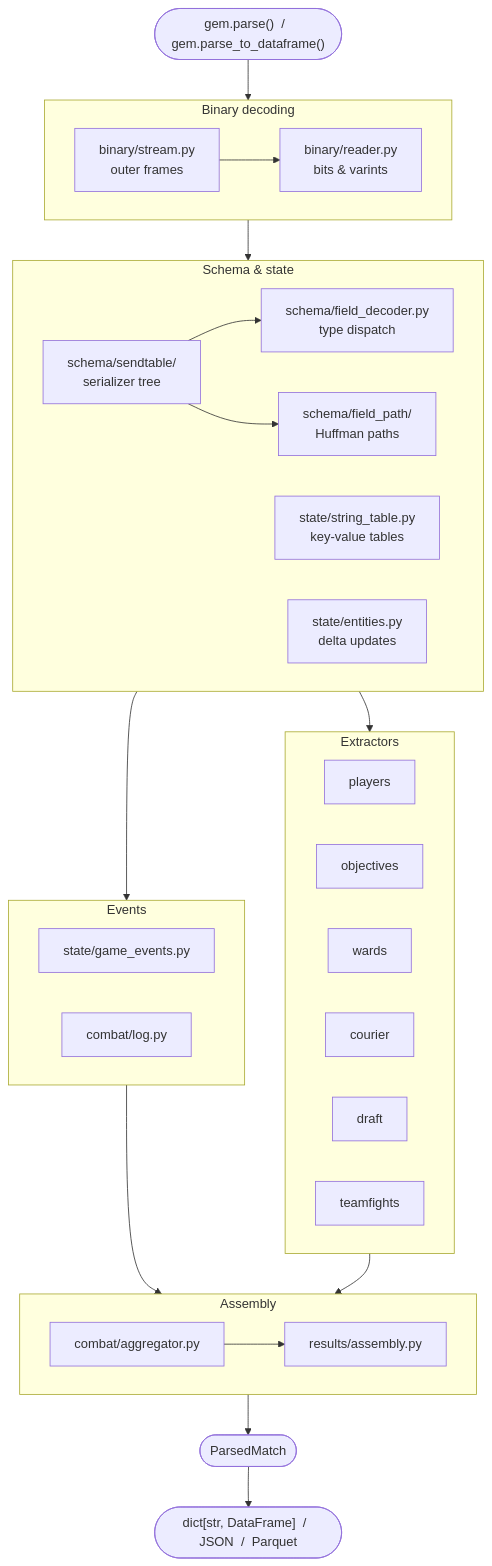
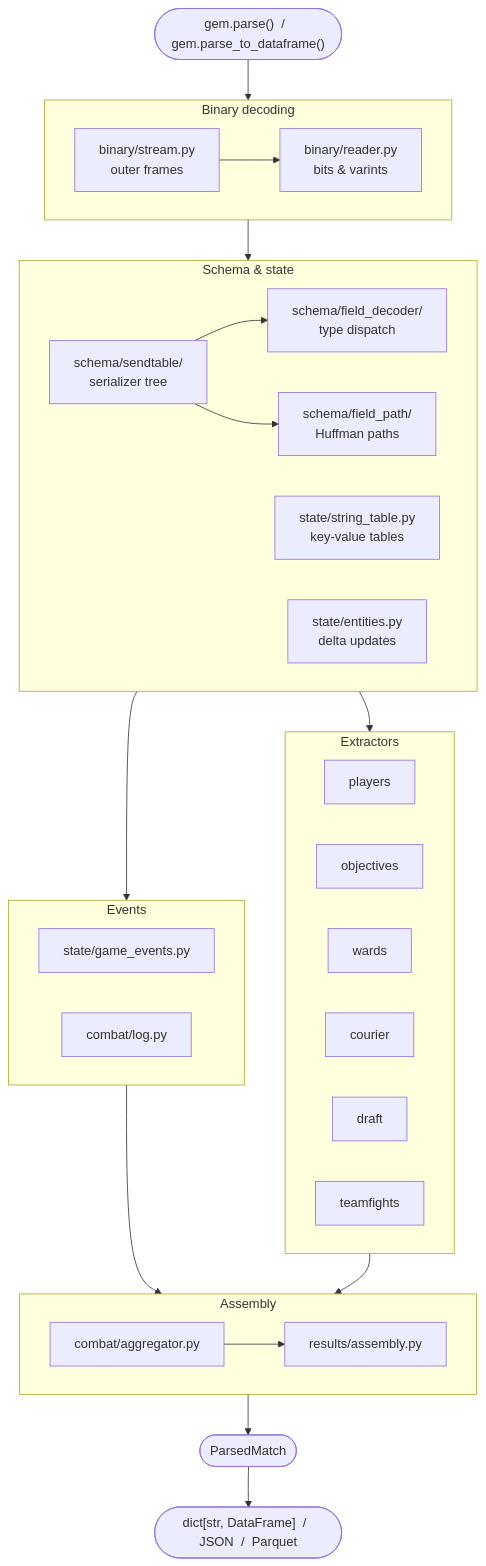
The diagram in docs/architecture.md (whanyu1212/gem-dota), drawn with Mermaid before and after one commit. The commit also changed other lines of this file and 11 other files, not shown here.

Commit message:
Refactor field_decoder into schema package

````diff
--- a/docs/architecture.md
+++ b/docs/architecture.md
@@ -10,49 +10,49 @@
 ```mermaid
 flowchart TD
     A(["gem.parse()  /  gem.parse_to_dataframe()"])
 
     subgraph BINARY ["Binary decoding"]
         direction LR
         B["binary/stream.py\nouter frames"] --> C["binary/reader.py\nbits & varints"]
     end
 
     subgraph SCHEMA ["Schema & state"]
         direction LR
-        D["schema/sendtable/\nserializer tree"] --> E["schema/field_decoder.py\ntype dispatch"]
+        D["schema/sendtable/\nserializer tree"] --> E["schema/field_decoder/\ntype dispatch"]
         D --> F["schema/field_path/\nHuffman paths"]
         G["state/string_table.py\nkey-value tables"]
         H["state/entities.py\ndelta updates"]
     end
 
     subgraph EVENTS ["Events"]
         direction LR
         I["state/game_events.py"]
         J["combat/log.py"]
     end
 
     subgraph EXTRACT ["Extractors"]
         direction LR
         X1["players"]
         X2["objectives"]
         X3["wards"]
         X4["courier"]
         X5["draft"]
         X6["teamfights"]
     end
 
     subgraph ASSEMBLE ["Assembly"]
         K["combat/aggregator.py"] --> L["results/assembly.py"]
     end
 
     O(["ParsedMatch"])
     P(["dict[str, DataFrame]  /  JSON  /  Parquet"])
 
     A --> BINARY
     BINARY --> SCHEMA
     SCHEMA --> EVENTS
     SCHEMA --> EXTRACT
     EVENTS --> ASSEMBLE
     EXTRACT --> ASSEMBLE
     ASSEMBLE --> O
     O --> P
 ```
````
